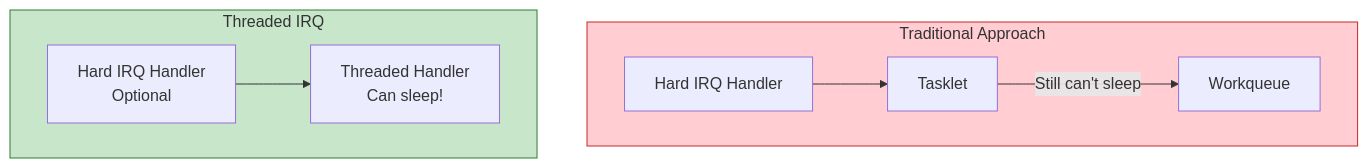
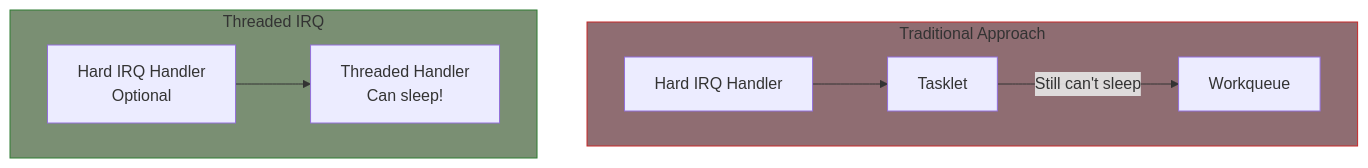
The first of 2 diagrams in part7/06-threaded-irqs.md (MichaelTien8901/linux-driver-guide-tutorial), drawn with Mermaid before and after one commit. The commit also changed 36 other files, not shown here.

Commit message:
Fix mermaid diagram colors to use consistent paper-like theme

````diff
--- a/part7/06-threaded-irqs.md
+++ b/part7/06-threaded-irqs.md
@@ -14,19 +14,19 @@
 ```mermaid
 flowchart TB
     subgraph Traditional["Traditional Approach"]
         TH1[Hard IRQ Handler]
         TL1[Tasklet]
         WQ1[Workqueue]
         TH1 --> TL1
         TL1 -->|"Still can't sleep"| WQ1
     end
 
     subgraph Threaded["Threaded IRQ"]
         TH2[Hard IRQ Handler<br/>Optional]
         TT2[Threaded Handler<br/>Can sleep!]
         TH2 --> TT2
     end
 
-    style Traditional fill:#ffcdd2,stroke:#c62828
-    style Threaded fill:#c8e6c9,stroke:#2e7d32
+    style Traditional fill:#8f6d72,stroke:#c62828
+    style Threaded fill:#7a8f73,stroke:#2e7d32
 ```
````
